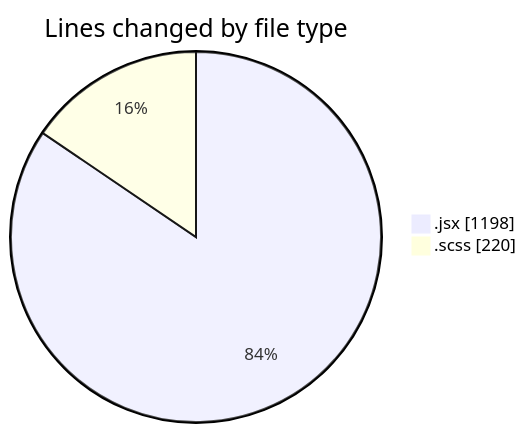
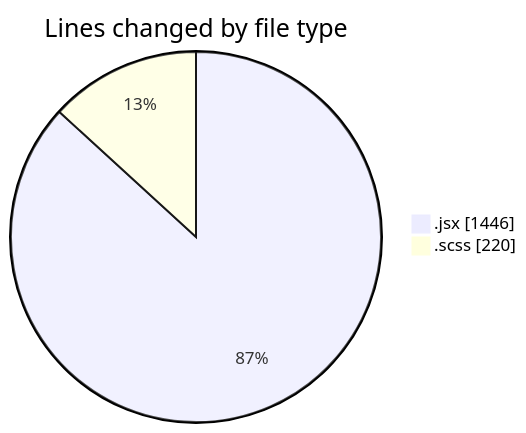
Before and after one commit to momahboobian/code-tracking: the first of 2 diagrams in 2026-09-02/cda/README.md, drawn with Mermaid. The commit also changed other lines of this file and 1 other file, not shown here.

````diff
--- a/2026-09-02/cda/README.md
+++ b/2026-09-02/cda/README.md
@@ -25,6 +26,6 @@
 ```mermaid
 pie showData
 title Lines changed by file type
-".jsx" : 1198
+".jsx" : 1446
 ".scss" : 220
 ```
````
